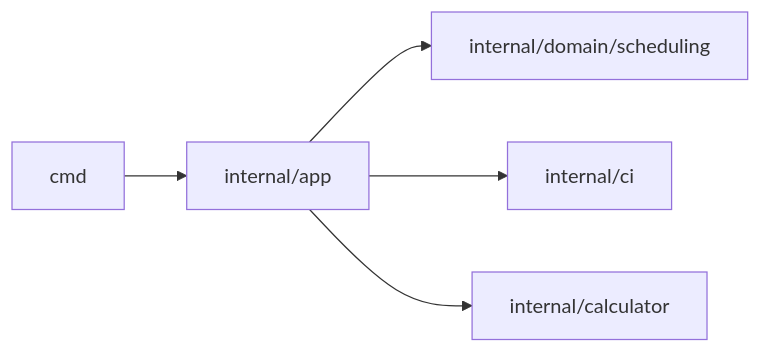
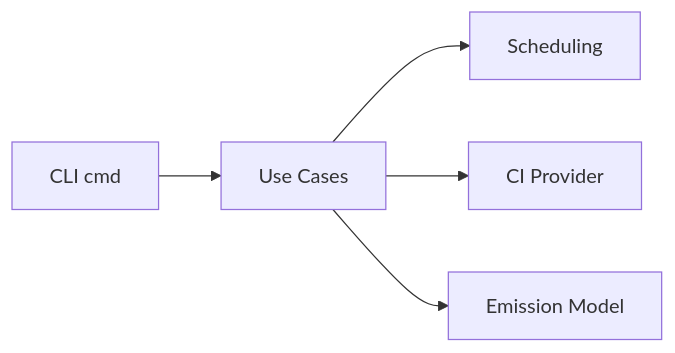
The diagram in README.md (chenzhuyu2004/carbon-guard), drawn with Mermaid before and after one commit. The commit also changed other lines of this file and 1 other file, not shown here.

````diff
--- a/README.md
+++ b/README.md
@@ -72,7 +82,7 @@
 ```mermaid
 flowchart LR
-  CMD[cmd] --> APP[internal/app]
-  APP --> DOMAIN[internal/domain/scheduling]
-  APP --> INFRA[internal/ci]
-  APP --> CALC[internal/calculator]
+  CLI[CLI cmd] --> APP[Use Cases]
+  APP --> DOMAIN[Scheduling]
+  APP --> INFRA[CI Provider]
+  APP --> CALC[Emission Model]
 ```
````
